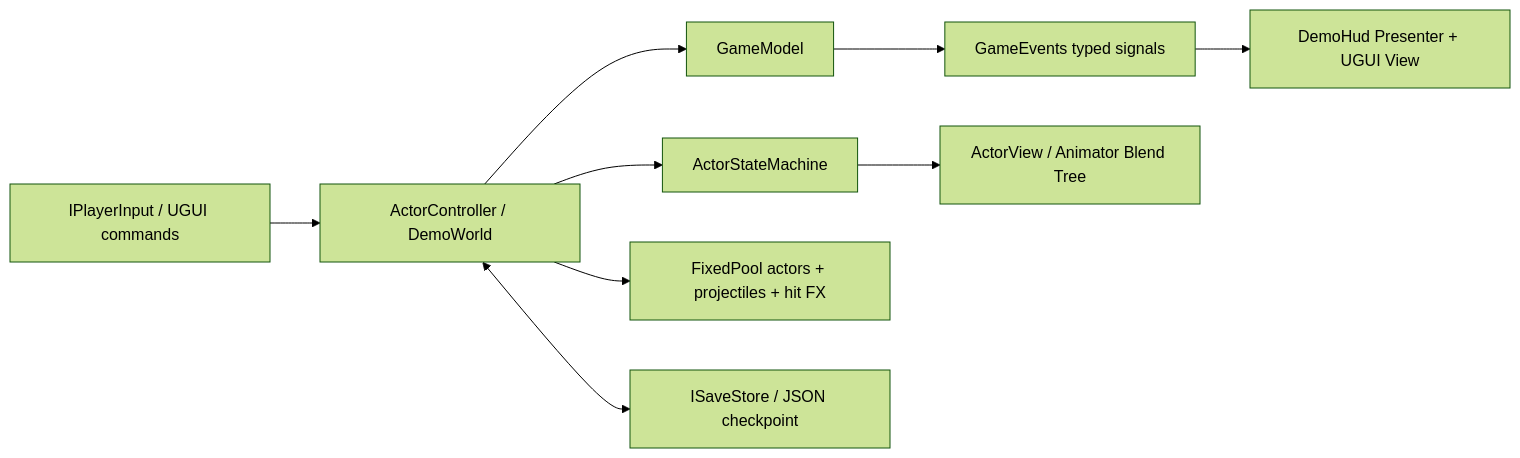
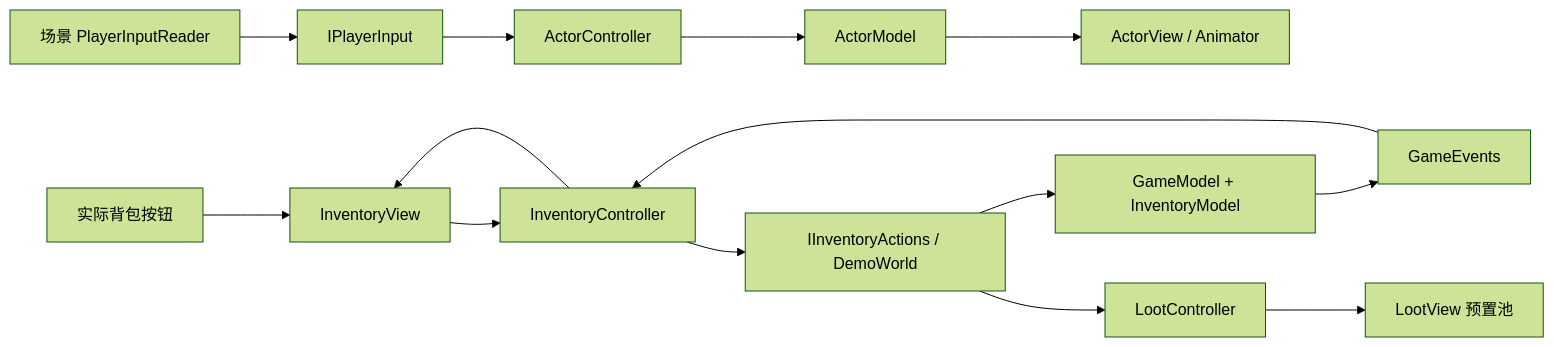
Before and after one commit to TZY6/JuelunGame: the diagram in Assets/BetterDesign/README.md, drawn with Mermaid (forest theme). The commit also changed other lines of this file and 27 other files, not shown here.

Commit message:
feat: add inspectable player input, actor and inventory MVC, pooled loot and inventory grid

````diff
--- a/Assets/BetterDesign/README.md
+++ b/Assets/BetterDesign/README.md
@@ -43,11 +43,16 @@
 ```mermaid
 flowchart LR
-  Input[IPlayerInput / UGUI commands] --> Controller[ActorController / DemoWorld]
-  Controller --> Model[GameModel]
-  Model --> Events[GameEvents typed signals]
-  Events --> HUD[DemoHud Presenter + UGUI View]
-  Controller --> FSM[ActorStateMachine]
-  FSM --> View[ActorView / Animator Blend Tree]
-  Controller --> Pool[FixedPool actors + projectiles + hit FX]
-  Controller <--> Save[ISaveStore / JSON checkpoint]
+  Input[场景 PlayerInputReader] --> IC[IPlayerInput]
+  IC --> AC[ActorController]
+  AC --> AM[ActorModel]
+  AM --> AV[ActorView / Animator]
+  Buttons[实际背包按钮] --> IV[InventoryView]
+  IV --> C[InventoryController]
+  C --> Actions[IInventoryActions / DemoWorld]
+  Actions --> M[GameModel + InventoryModel]
+  M --> Events[GameEvents]
+  Events --> C
+  C --> IV
+  Actions --> LC[LootController]
+  LC --> LV[LootView 预置池]
 ```
````
